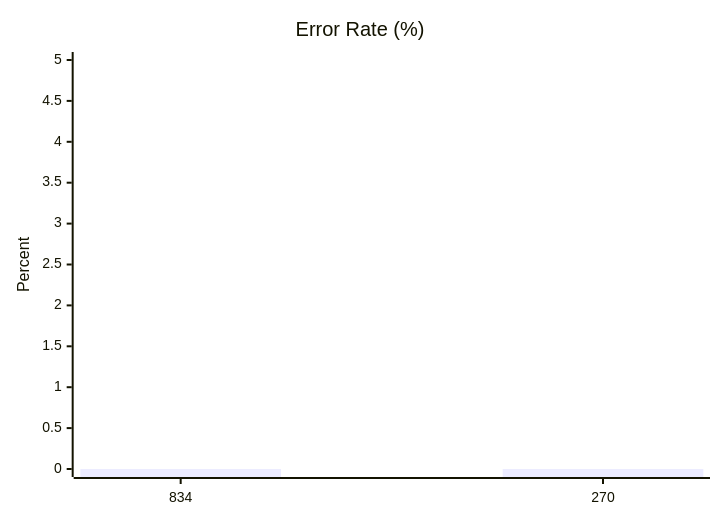
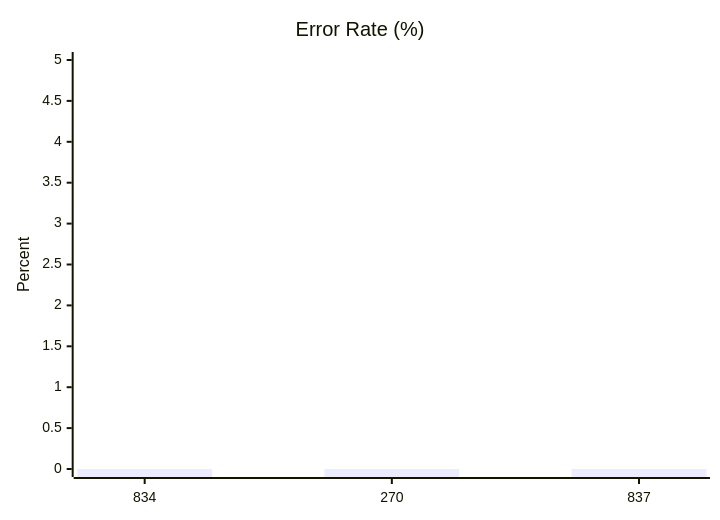
Before and after one commit to dhagan-va/intern-2025: the fourth of 10 diagrams in test-tools/DataGen/src/Statistics_Visualizer.md, drawn with Mermaid. The commit also changed other lines of this file and 3 other files, not shown here.

````diff
--- a/test-tools/DataGen/src/Statistics_Visualizer.md
+++ b/test-tools/DataGen/src/Statistics_Visualizer.md
@@ -47,7 +47,7 @@
 ```mermaid
 xychart-beta
     title "Error Rate (%)"
-    x-axis ["834", "270"]
+    x-axis ["834", "270", "837"]
     y-axis "Percent" 0 --> 5
-    bar [0, 0]
+    bar [0, 0, 0]
 ```
````
